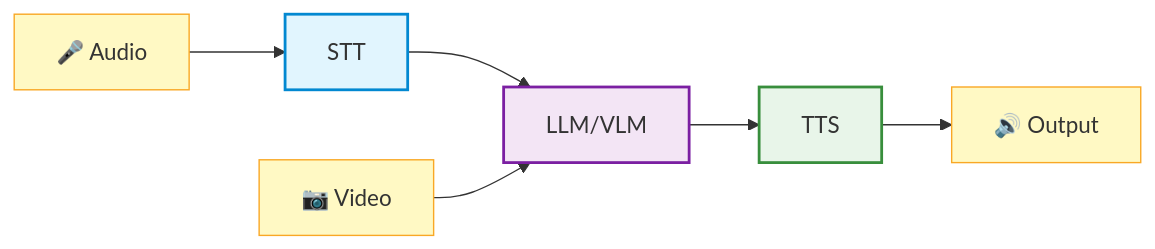
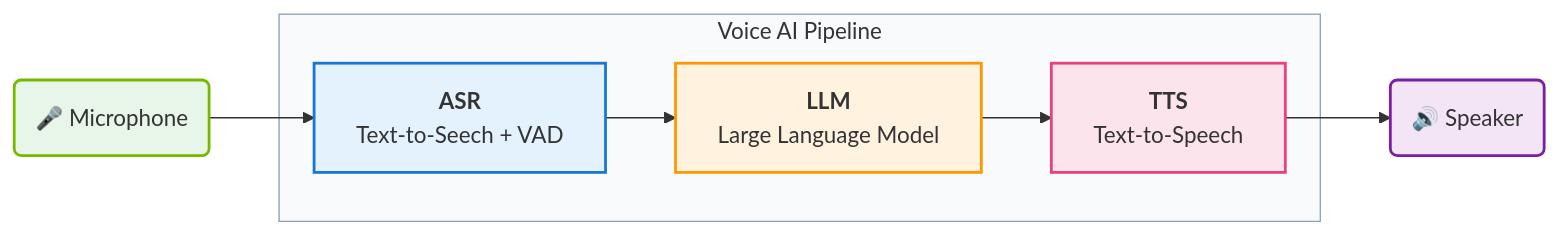
Before and after one commit to NebulaTurnip27/jetson-ai-lab: the first of 2 diagrams in src/content/gtc26/conversation-ai-multi-modal-ai-studio.mdx, drawn with Mermaid. The commit also changed other lines of this file, not shown here.

````diff
--- a/src/content/gtc26/conversation-ai-multi-modal-ai-studio.mdx
+++ b/src/content/gtc26/conversation-ai-multi-modal-ai-studio.mdx
@@ -20,12 +20,16 @@
 ```mermaid
 flowchart LR
-    MIC[🎤 Audio] --> STT[STT] --> LLM[LLM/VLM] --> TTS[TTS] --> OUT[🔊 Output]
-    CAM[📷 Video] --> LLM
+    MIC(🎤 Microphone) --> ASR
+    TTS --> SPK(🔊 Speaker)
 
-    style STT fill:#e1f5fe,stroke:#0288d1,stroke-width:2px
-    style LLM fill:#f3e5f5,stroke:#7b1fa2,stroke-width:2px
-    style TTS fill:#e8f5e9,stroke:#388e3c,stroke-width:2px
-    style MIC fill:#fff9c4,stroke:#f9a825
-    style CAM fill:#fff9c4,stroke:#f9a825
-    style OUT fill:#fff9c4,stroke:#f9a825
+    subgraph Pipeline[Voice AI Pipeline]
+        ASR[<b>ASR</b><br>Text-to-Seech + VAD] --> LLM[<b>LLM</b><br>Large Language Model] --> TTS[<b>TTS</b><br>Text-to-Speech]
+    end
+
+    style ASR fill:#e3f2fd,stroke:#1976D2,stroke-width:2px
+    style LLM fill:#fff3e0,stroke:#FF9800,stroke-width:2px
+    style TTS fill:#fce4ec,stroke:#EC407A,stroke-width:2px
+    style MIC fill:#e8f5e9,stroke:#76b900,stroke-width:2px
+    style SPK fill:#f3e5f5,stroke:#7b1fa2,stroke-width:2px
+    style Pipeline fill:#f8fafc,stroke:#94a3b8,stroke-width:1px
 ```
````
